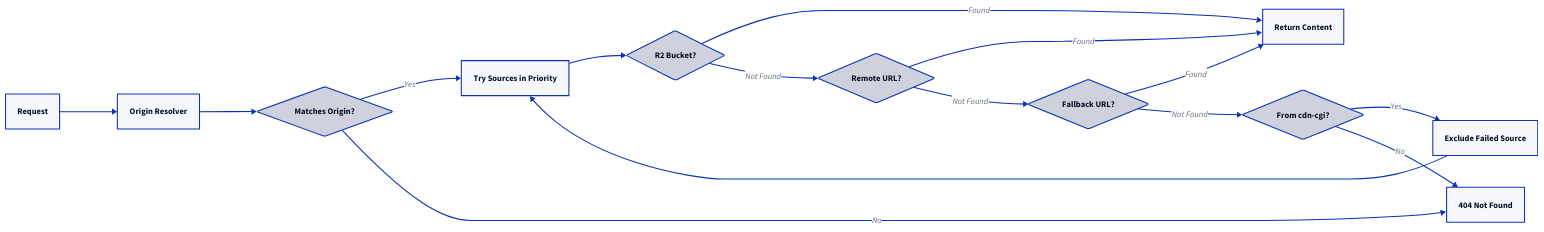
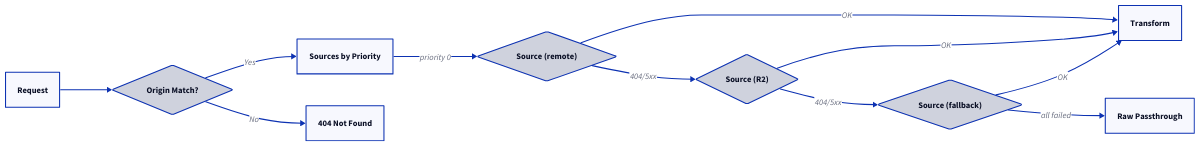
The fourth of 4 diagrams in src/content/docs/reference/media-transformation-architecture.mdx (erfianugrah/lexicanum), drawn with D2 before and after one commit. The commit also changed other lines of this file, not shown here.

First line of the commit message:
docs: rewrite media-transformation-architecture.mdx for v2

````diff
--- a/src/content/docs/reference/media-transformation-architecture.mdx
+++ b/src/content/docs/reference/media-transformation-architecture.mdx
@@ -531,41 +710,33 @@
 ```d2
 direction: right
 
-Request -> Resolve -> Match
+Request -> Match
 Match -> Sources: Yes
 Match -> Error404: No
 
-Sources -> R2
-R2 -> Success: Found
-R2 -> Remote: Not Found
-Remote -> Success: Found
-Remote -> Fallback: Not Found
-Fallback -> Success: Found
-Fallback -> Retry: Not Found
-
-Retry -> Exclude: Yes
-Retry -> Error404: No
-Exclude -> Sources
+Sources -> Source1: priority 0
+Source1 -> Success: OK
+Source1 -> Source2: 404/5xx
+Source2 -> Success: OK
+Source2 -> Source3: 404/5xx
+Source3 -> Success: OK
+Source3 -> Passthrough: all failed
 
 Request: Request
-Resolve: Origin Resolver
-Match: Matches Origin? {
+Match: Origin Match? {
   shape: diamond
 }
-Sources: Try Sources in Priority
-Error404: 404 Not Found
-R2: R2 Bucket? {
+Sources: Sources by Priority
+Source1: Source (remote) {
   shape: diamond
 }
-Success: Return Content
-Remote: Remote URL? {
+Source2: Source (R2) {
   shape: diamond
 }
-Fallback: Fallback URL? {
+Source3: Source (fallback) {
   shape: diamond
 }
-Retry: From cdn-cgi? {
-  shape: diamond
-}
-Exclude: Exclude Failed Source
+Success: Transform
+Error404: 404 Not Found
+Passthrough: Raw Passthrough
 ```
````
